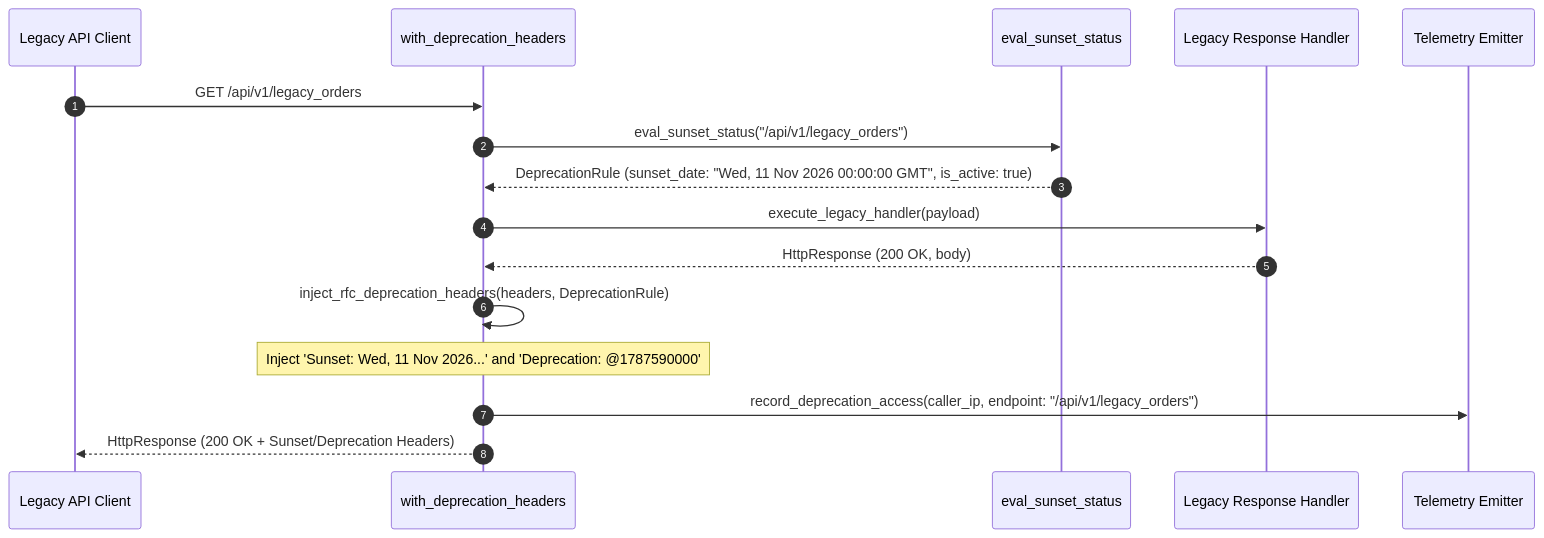
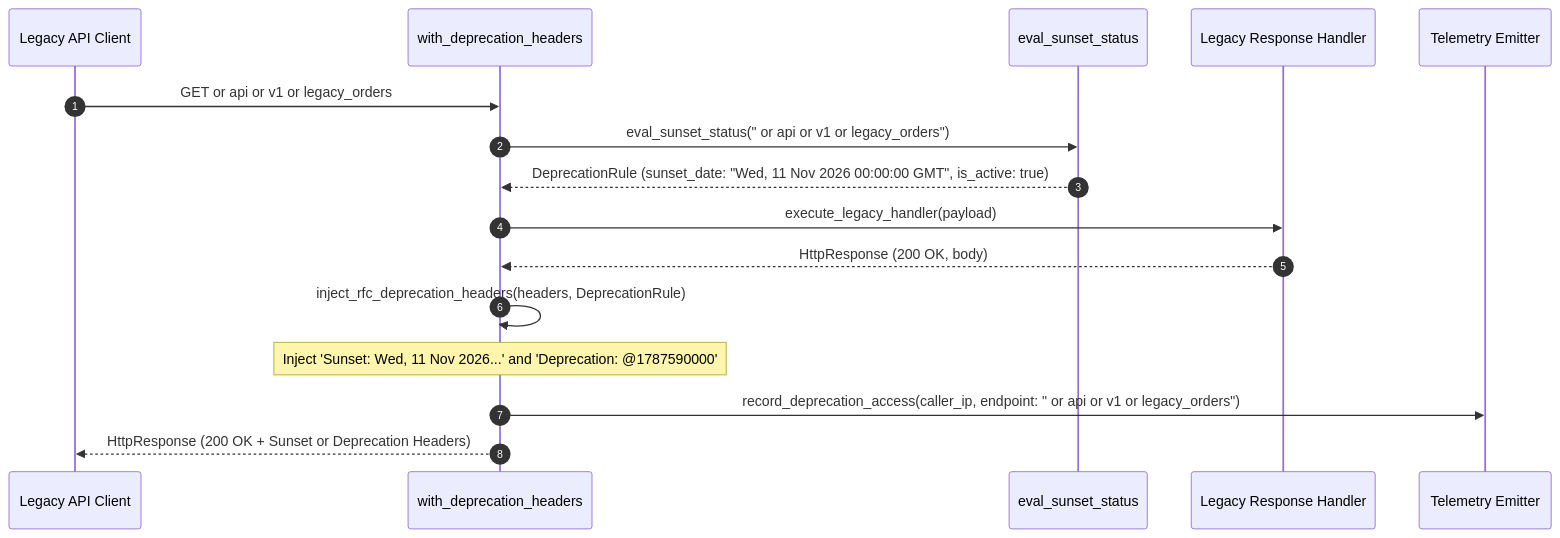
One commit to Chief-Strategist-J/llm-observability-platform changed the second of 2 diagrams in notebooks/runbooks/refs/05-dependency-discovery-and-log-mining/deprecation-warning-injection.md. Above: the diagram before and after it, drawn with Mermaid. The commit also changed 35 other files, not shown here.

Commit message:
fix(docs): resolve sequence diagram message label syntax errors across runbook suite

````diff
--- a/notebooks/runbooks/refs/05-dependency-discovery-and-log-mining/deprecation-warning-injection.md
+++ b/notebooks/runbooks/refs/05-dependency-discovery-and-log-mining/deprecation-warning-injection.md
@@ -60,23 +60,23 @@
 ```mermaid
 sequenceDiagram
     autonumber
     participant Caller as Legacy API Client
     participant Injector as with_deprecation_headers
     participant RuleEngine as eval_sunset_status
     participant LegacySvc as Legacy Response Handler
     participant Audit as Telemetry Emitter
 
-    Caller->>Injector: GET /api/v1/legacy_orders
+    Caller->>Injector: GET or api or v1 or legacy_orders
     
-    Injector->>RuleEngine: eval_sunset_status("/api/v1/legacy_orders")
+    Injector->>RuleEngine: eval_sunset_status(" or api or v1 or legacy_orders")
     RuleEngine-->>Injector: DeprecationRule (sunset_date: "Wed, 11 Nov 2026 00:00:00 GMT", is_active: true)
 
     Injector->>LegacySvc: execute_legacy_handler(payload)
     LegacySvc-->>Injector: HttpResponse (200 OK, body)
 
     Injector->>Injector: inject_rfc_deprecation_headers(headers, DeprecationRule)
     Note over Injector: Inject 'Sunset: Wed, 11 Nov 2026...' and 'Deprecation: @1787590000'
 
-    Injector->>Audit: record_deprecation_access(caller_ip, endpoint: "/api/v1/legacy_orders")
-    Injector-->>Caller: HttpResponse (200 OK + Sunset/Deprecation Headers)
+    Injector->>Audit: record_deprecation_access(caller_ip, endpoint: " or api or v1 or legacy_orders")
+    Injector-->>Caller: HttpResponse (200 OK + Sunset or Deprecation Headers)
 ```
````
